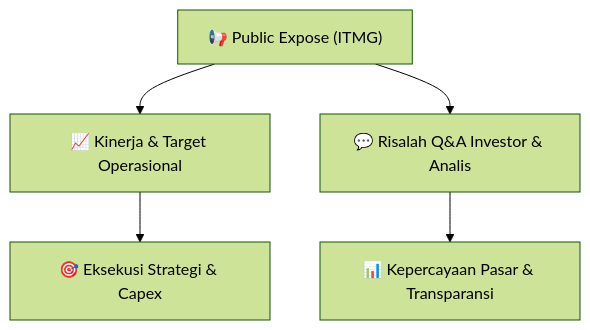
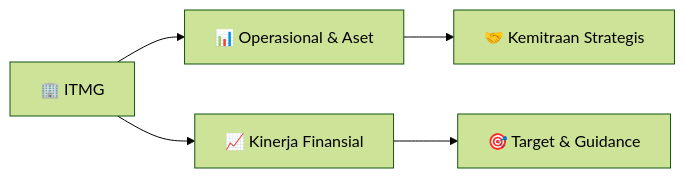
The diagram in Finplan_analyst/knowledge-base/public-exposes/informasi-pubex/ITMG_Public_Expose_20260827.md (anYoneo/alphadigest-idx), drawn with Mermaid (forest theme) before and after one commit. The commit also changed other lines of this file and 526 other files, not shown here.

````diff
--- a/Finplan_analyst/knowledge-base/public-exposes/informasi-pubex/ITMG_Public_Expose_20260827.md
+++ b/Finplan_analyst/knowledge-base/public-exposes/informasi-pubex/ITMG_Public_Expose_20260827.md
@@ -35,7 +115,7 @@
 ```mermaid
-flowchart TD
-    A["📢 Public Expose (ITMG)"] --> B["📈 Kinerja & Target Operasional"]
-    A --> C["💬 Risalah Q&A Investor & Analis"]
-    B --> D["🎯 Eksekusi Strategi & Capex"]
-    C --> E["📊 Kepercayaan Pasar & Transparansi"]
+flowchart LR
+    A["🏢 ITMG"] --> B["📊 Operasional & Aset"]
+    A --> C["📈 Kinerja Finansial"]
+    B --> D["🤝 Kemitraan Strategis"]
+    C --> E["🎯 Target & Guidance"]
 ```
````
